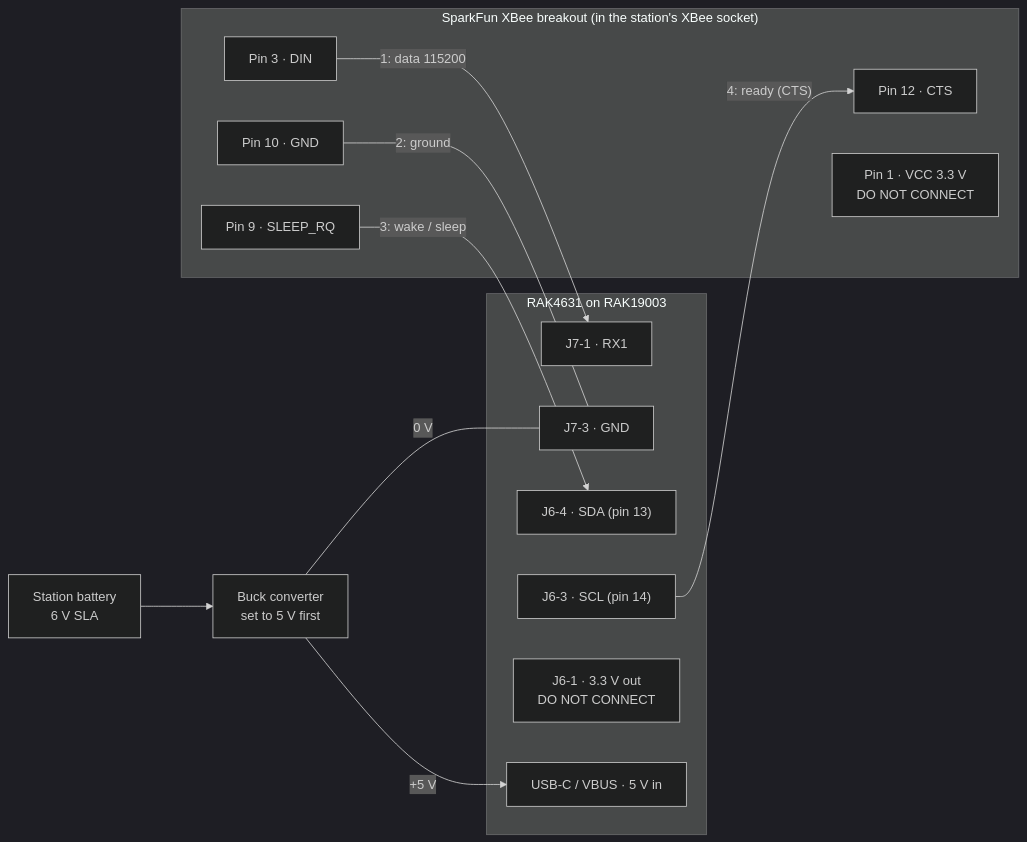
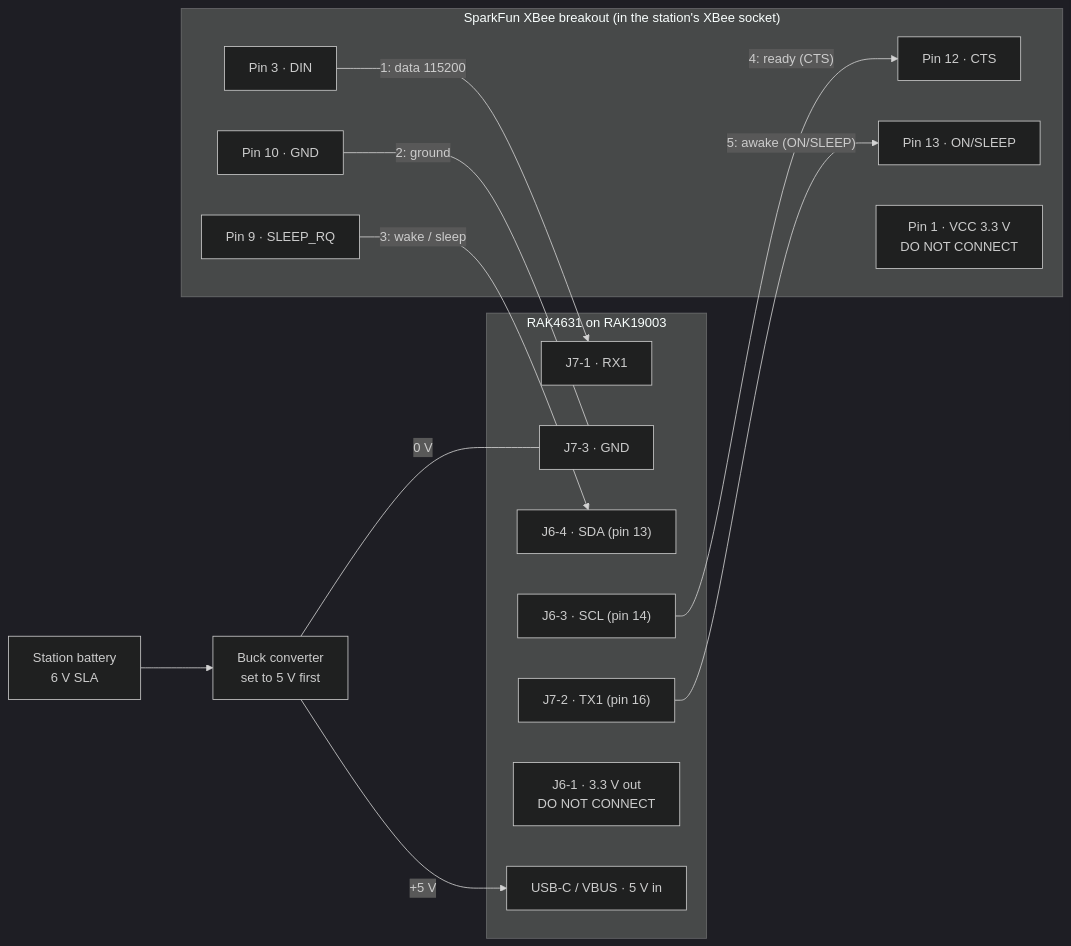
Before and after one commit to cvopicka/Rainwise-Wireless-Info: the diagram in lora/README.md, drawn with Mermaid (dark theme). The commit also changed other lines of this file and 3 other files, not shown here.

First line of the commit message:
lora: station drives ON/SLEEP (XBee pin 13) on TX1; fifth station wire

````diff
--- a/lora/README.md
+++ b/lora/README.md
@@ -142,25 +143,28 @@
 ```mermaid
 flowchart LR
   subgraph BOB["SparkFun XBee breakout (in the station's XBee socket)"]
     B3["Pin 3 · DIN"]
     B10["Pin 10 · GND"]
     B9["Pin 9 · SLEEP_RQ"]
     B12["Pin 12 · CTS"]
+    B13["Pin 13 · ON/SLEEP"]
     B1["Pin 1 · VCC 3.3 V<br/>DO NOT CONNECT"]
   end
   subgraph RAK["RAK4631 on RAK19003"]
     J7_1["J7-1 · RX1"]
     J7_3["J7-3 · GND"]
     J6_4["J6-4 · SDA (pin 13)"]
     J6_3["J6-3 · SCL (pin 14)"]
+    J7_2["J7-2 · TX1 (pin 16)"]
     J6_1["J6-1 · 3.3 V out<br/>DO NOT CONNECT"]
     USB["USB-C / VBUS · 5 V in"]
   end
   BAT["Station battery<br/>6 V SLA"] --> BUCK["Buck converter<br/>set to 5 V first"]
   B3 -- "1: data 115200" --> J7_1
   B10 -- "2: ground" --- J7_3
   B9 -- "3: wake / sleep" --> J6_4
   J6_3 -- "4: ready (CTS)" --> B12
+  J7_2 -- "5: awake (ON/SLEEP)" --> B13
   BUCK -- "+5 V" --> USB
   BUCK -- "0 V" --- J7_3
 ```
````
